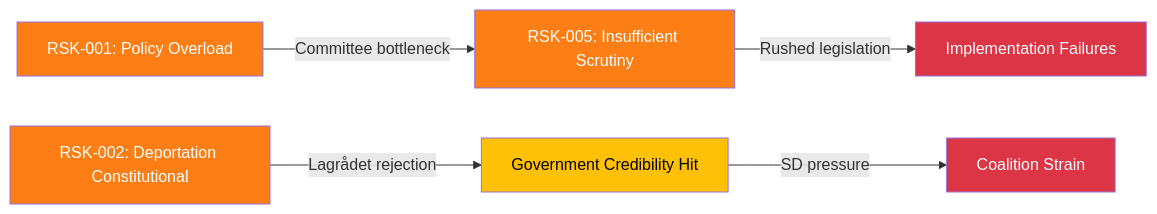
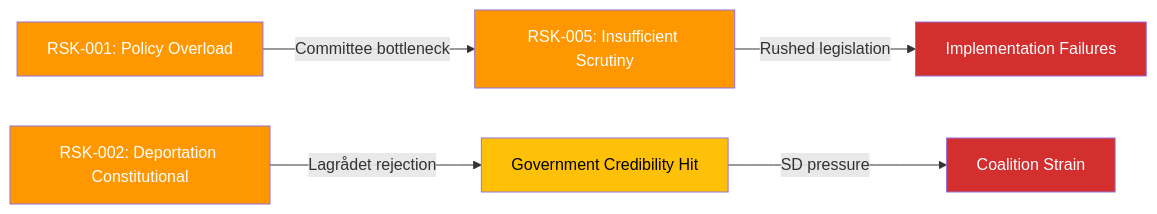
One commit to Hack23/riksdagsmonitor changed the third of 3 diagrams in analysis/daily/2026-04-03/evening-analysis/risk-assessment.md. Above: the diagram before and after it, drawn with Mermaid. The commit also changed 785 other files, not shown here.

First line of the commit message:
Normalize mermaid colors across 786 analysis artifacts to ISMS Style Guide palette

````diff
--- a/analysis/daily/2026-04-03/evening-analysis/risk-assessment.md
+++ b/analysis/daily/2026-04-03/evening-analysis/risk-assessment.md
@@ -98,13 +98,13 @@
 ```mermaid
 graph LR
     A[RSK-001: Policy Overload] -->|"Committee bottleneck"| B[RSK-005: Insufficient Scrutiny]
     B -->|"Rushed legislation"| C[Implementation Failures]
     D[RSK-002: Deportation Constitutional] -->|"Lagrådet rejection"| E[Government Credibility Hit]
     E -->|"SD pressure"| F[Coalition Strain]
-    style A fill:#fd7e14,color:#fff
-    style B fill:#fd7e14,color:#fff
-    style C fill:#dc3545,color:#fff
-    style D fill:#fd7e14,color:#fff
-    style E fill:#ffc107,color:#000
-    style F fill:#dc3545,color:#fff
+    style A fill:#FF9800,color:#FFFFFF
+    style B fill:#FF9800,color:#FFFFFF
+    style C fill:#D32F2F,color:#FFFFFF
+    style D fill:#FF9800,color:#FFFFFF
+    style E fill:#FFC107,color:#000000
+    style F fill:#D32F2F,color:#FFFFFF
 ```
````
